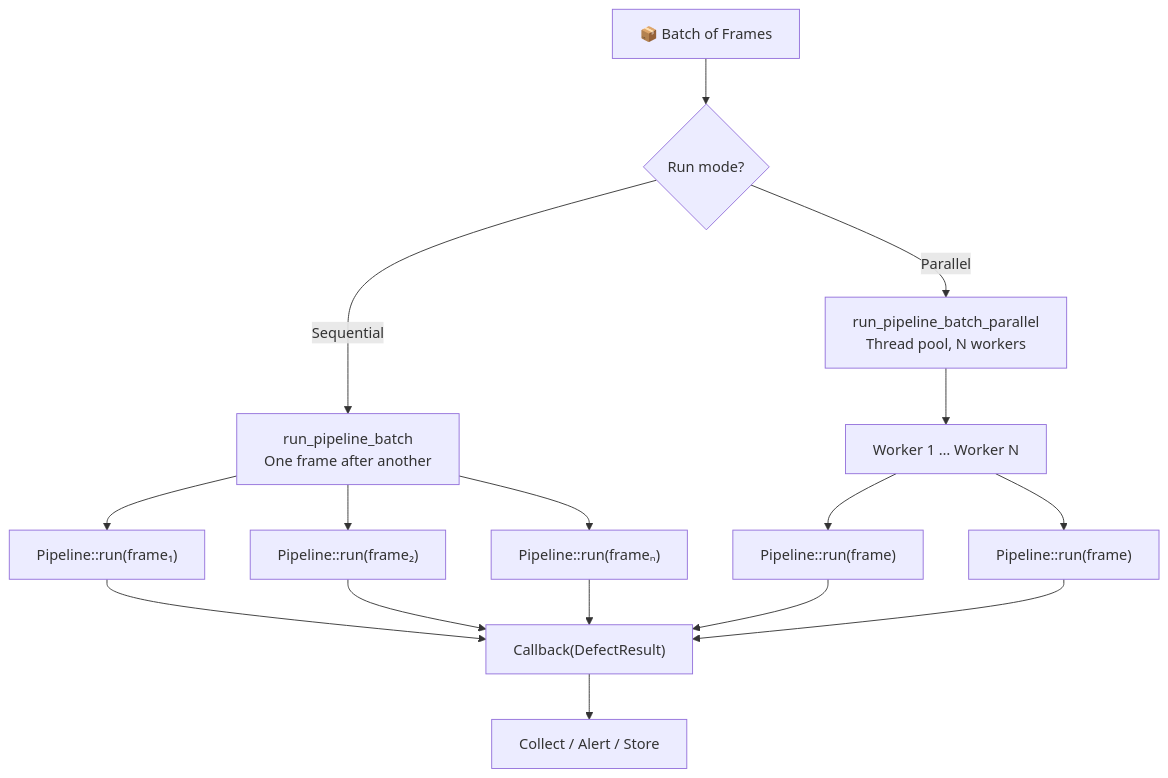
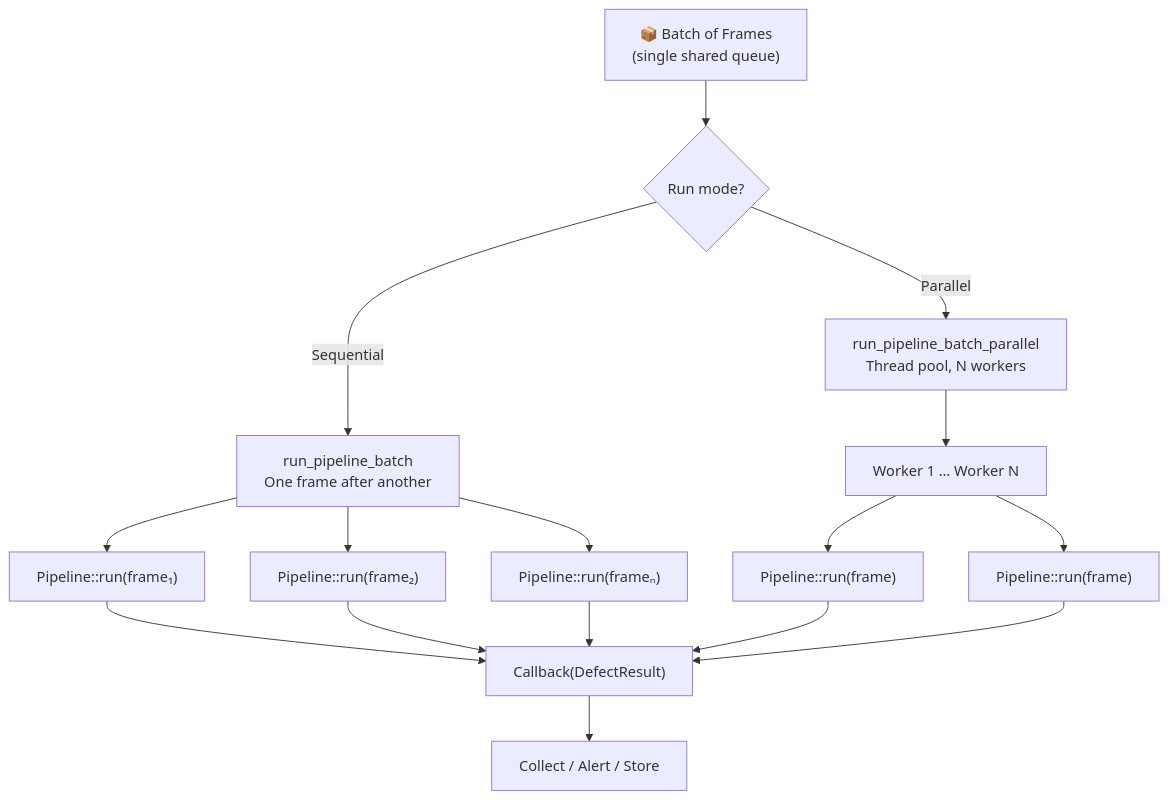
The third of 4 diagrams in docs/workflow.md (kanhaiya-gupta/defect-detection), drawn with Mermaid before and after one commit. The commit also changed other lines of this file and 20 other files, not shown here.

````diff
--- a/docs/workflow.md
+++ b/docs/workflow.md
@@ -76,24 +83,24 @@
 ```mermaid
 flowchart TD
-    Frames["📦 Batch of Frames"]
+    Frames["📦 Batch of Frames<br/>(single shared queue)"]
     Frames --> Choice{"Run mode?"}
 
     Choice -->|Sequential| Seq["run_pipeline_batch<br/>One frame after another"]
     Choice -->|Parallel| Par["run_pipeline_batch_parallel<br/>Thread pool, N workers"]
 
     Seq --> Run1["Pipeline::run(frame₁)"]
     Seq --> Run2["Pipeline::run(frame₂)"]
     Seq --> RunN["Pipeline::run(frameₙ)"]
 
     Par --> Pool["Worker 1 … Worker N"]
     Pool --> RunP1["Pipeline::run(frame)"]
     Pool --> RunP2["Pipeline::run(frame)"]
 
     Run1 --> CB["Callback(DefectResult)"]
     Run2 --> CB
     RunN --> CB
     RunP1 --> CB
     RunP2 --> CB
 
     CB --> Out["Collect / Alert / Store"]
 ```
````
